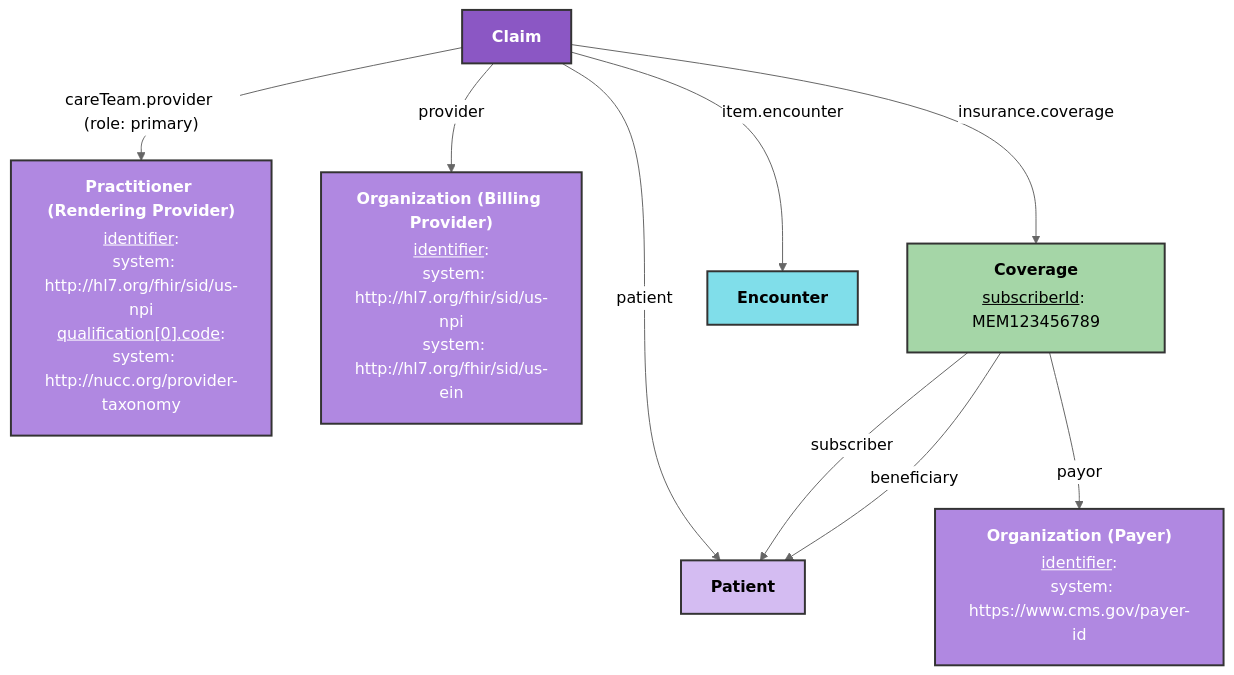
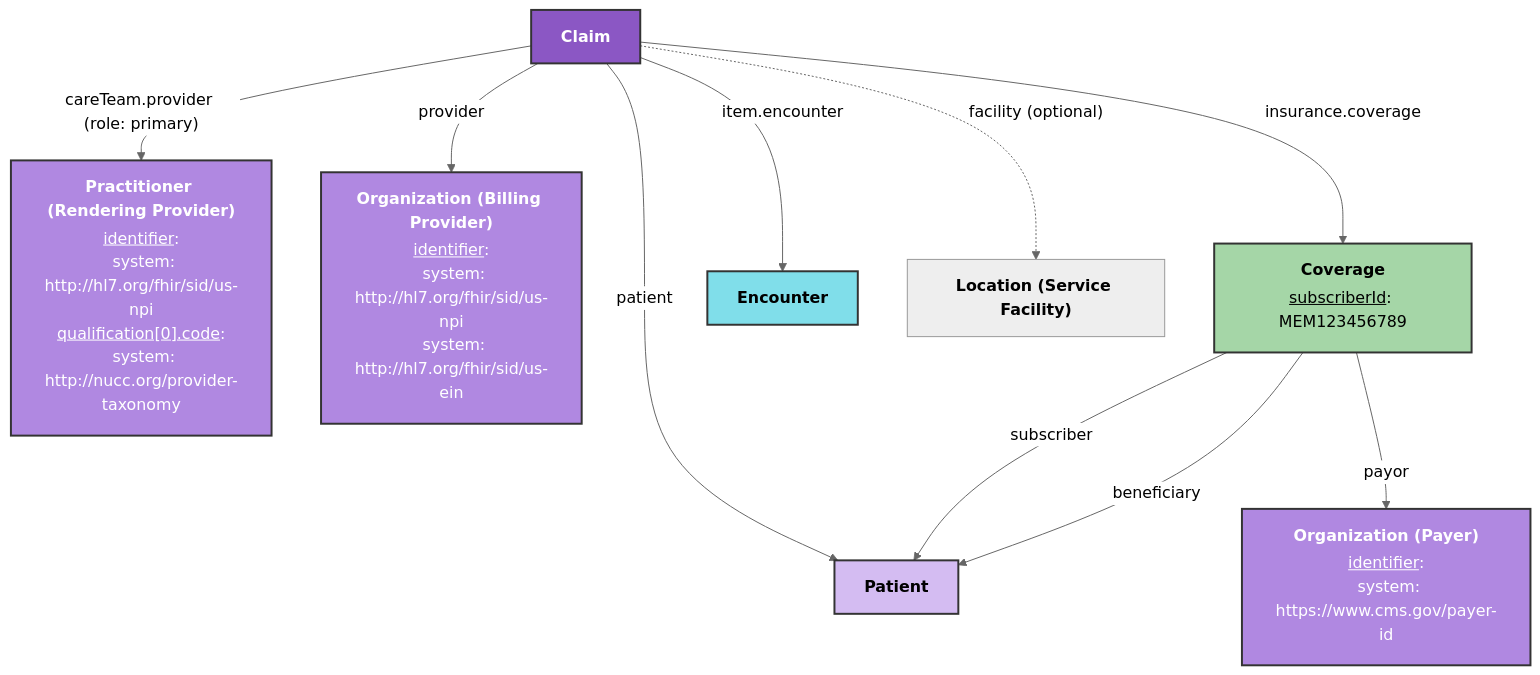
Before and after one commit to medplum/medplum: the diagram in packages/docs/docs/integration/candid/claim-submission.md, drawn with Mermaid (neutral theme). The commit also changed other lines of this file and 7 other files, not shown here.

Commit message:
feat(provider): Include service facility for claim submit

````diff
--- a/packages/docs/docs/integration/candid/claim-submission.md
+++ b/packages/docs/docs/integration/candid/claim-submission.md
@@ -13,39 +13,42 @@
 ```mermaid
 flowchart TD
     Claim["<div style='text-align: center;'><strong>Claim</strong></div>"]
 
     Patient["<div style='text-align: center;'><strong>Patient</strong></div>"]
 
     Practitioner["<div style='text-align: center;'><strong>Practitioner (Rendering Provider)</strong></div><div style='border: 1px solid #333; padding: 4px; margin: 4px;'><u>identifier</u>:<br>  system: http://hl7.org/fhir/sid/us-npi<br><u>qualification[0].code</u>:<br>  system: http://nucc.org/provider-taxonomy</div>"]
 
     BillingOrg["<div style='text-align: center;'><strong>Organization (Billing Provider)</strong></div><div style='border: 1px solid #333; padding: 4px; margin: 4px;'><u>identifier</u>:<br>  system: http://hl7.org/fhir/sid/us-npi<br>  system: http://hl7.org/fhir/sid/us-ein</div>"]
 
     PayerOrg["<div style='text-align: center;'><strong>Organization (Payer)</strong></div><div style='border: 1px solid #333; padding: 4px; margin: 4px;'><u>identifier</u>:<br>  system: https://www.cms.gov/payer-id</div>"]
 
     Coverage["<div style='text-align: center;'><strong>Coverage</strong></div><div style='border: 1px solid #333; padding: 4px; margin: 4px;'><u>subscriberId</u>: MEM123456789</div>"]
 
     Encounter["<div style='text-align: center;'><strong>Encounter</strong></div>"]
 
+    Location["<div style='text-align: center;'><strong>Location (Service Facility)</strong></div>"]
+
     Claim -->|patient| Patient
     Claim -->|provider| BillingOrg
     Claim -->|"careTeam.provider (role: primary)"| Practitioner
     Claim -->|insurance.coverage| Coverage
     Claim -->|item.encounter| Encounter
+    Claim -.->|"facility (optional)"| Location
 
     Coverage -->|subscriber| Patient
     Coverage -->|beneficiary| Patient
     Coverage -->|payor| PayerOrg
 
     classDef claim fill:#8B57C4,stroke:#333,stroke-width:2px,color:#fff
     classDef organization fill:#B088E1,stroke:#333,stroke-width:2px,color:#fff
     classDef patient fill:#D4BCF2,stroke:#333,stroke-width:2px
     classDef coverage fill:#A5D6A7,stroke:#333,stroke-width:2px
     classDef encounter fill:#80DEEA,stroke:#333,stroke-width:2px
 
     class Claim claim
     class BillingOrg,PayerOrg organization
     class Patient patient
     class Coverage coverage
     class Encounter encounter
     class Practitioner organization
 ```
````
